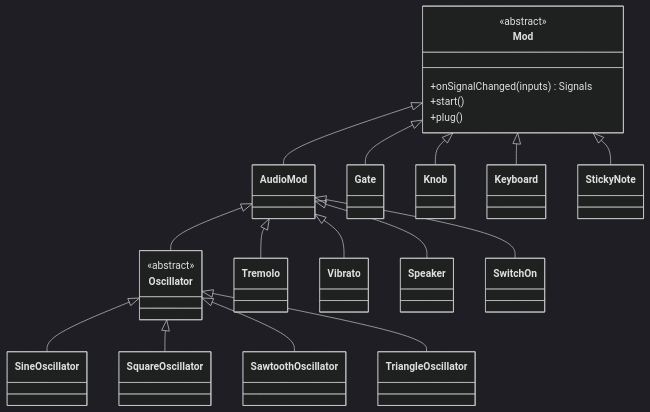
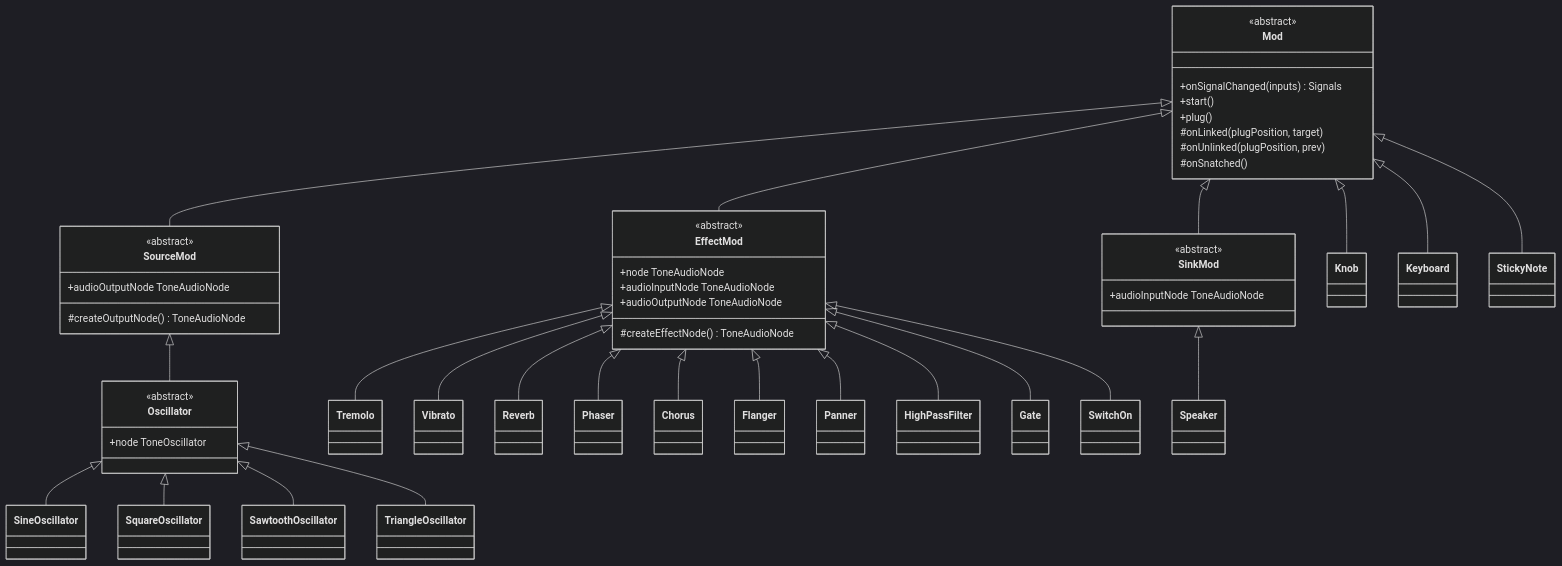
Before and after one commit to pitpit/synt: the diagram in docs/01-architecture.md, drawn with Mermaid (dark theme). The commit also changed other lines of this file and 3 other files, not shown here.

````diff
--- a/docs/01-architecture.md
+++ b/docs/01-architecture.md
@@ -144,40 +152,73 @@
 ```mermaid
 classDiagram
     class Mod {
         <<abstract>>
         +onSignalChanged(inputs) Signals
         +start()
         +plug()
+        #onLinked(plugPosition, target)
+        #onUnlinked(plugPosition, prev)
+        #onSnatched()
     }
-    class AudioMod
+    class SourceMod {
+        <<abstract>>
+        #createOutputNode() ToneAudioNode
+        +audioOutputNode ToneAudioNode
+    }
+    class EffectMod {
+        <<abstract>>
+        #createEffectNode() ToneAudioNode
+        +node ToneAudioNode
+        +audioInputNode ToneAudioNode
+        +audioOutputNode ToneAudioNode
+    }
+    class SinkMod {
+        <<abstract>>
+        +audioInputNode ToneAudioNode
+    }
     class Oscillator {
         <<abstract>>
+        +node ToneOscillator
     }
     class SineOscillator
     class SquareOscillator
     class SawtoothOscillator
     class TriangleOscillator
     class Tremolo
     class Vibrato
+    class Reverb
+    class Phaser
+    class Chorus
+    class Flanger
+    class Panner
+    class HighPassFilter
     class Speaker
     class SwitchOn
     class Gate
     class Knob
     class Keyboard
     class StickyNote
 
-    Mod <|-- AudioMod
-    Mod <|-- Gate
+    Mod <|-- SourceMod
+    Mod <|-- EffectMod
+    Mod <|-- SinkMod
     Mod <|-- Knob
     Mod <|-- Keyboard
     Mod <|-- StickyNote
-    AudioMod <|-- Oscillator
-    AudioMod <|-- Tremolo
-    AudioMod <|-- Vibrato
-    AudioMod <|-- Speaker
-    AudioMod <|-- SwitchOn
+    SourceMod <|-- Oscillator
+    EffectMod <|-- Tremolo
+    EffectMod <|-- Vibrato
+    EffectMod <|-- Reverb
+    EffectMod <|-- Phaser
+    EffectMod <|-- Chorus
+    EffectMod <|-- Flanger
+    EffectMod <|-- Panner
+    EffectMod <|-- HighPassFilter
+    EffectMod <|-- Gate
+    EffectMod <|-- SwitchOn
+    SinkMod <|-- Speaker
     Oscillator <|-- SineOscillator
     Oscillator <|-- SquareOscillator
     Oscillator <|-- SawtoothOscillator
     Oscillator <|-- TriangleOscillator
 ```
````
